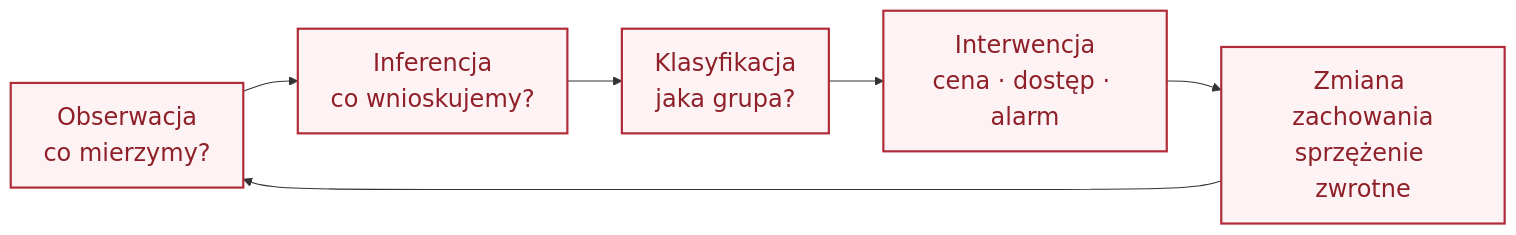
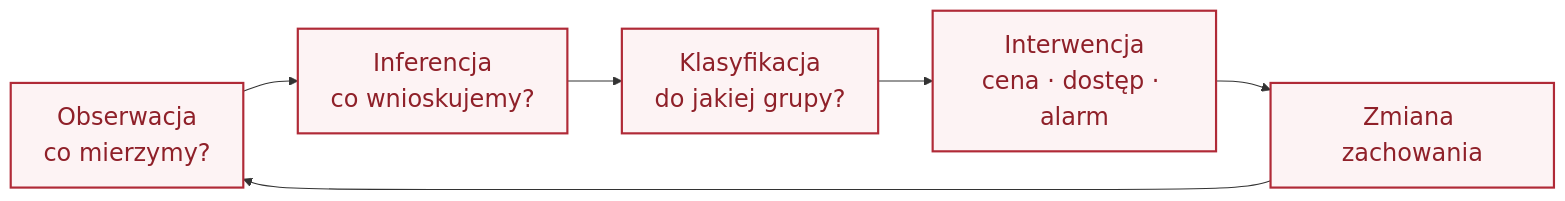
Before and after one commit to moondec/iot_lectures: the second of 2 diagrams in slides/00-internet-przyszlosci.qmd, drawn with Mermaid. The commit also changed other lines of this file and 126 other files, not shown here.

````diff
--- a/slides/00-internet-przyszlosci.qmd
+++ b/slides/00-internet-przyszlosci.qmd
@@ -228,14 +219,14 @@
 ```{mermaid}
 %%| fig-width: 11
-%%| fig-height: 3.8
+%%| fig-height: 3.4
 %%{init: {"themeVariables": {"fontSize": "22px"}}}%%
 flowchart LR
     O["Obserwacja<br>co mierzymy?"]
     I["Inferencja<br>co wnioskujemy?"]
-    K["Klasyfikacja<br>jaka grupa?"]
+    K["Klasyfikacja<br>do jakiej grupy?"]
     W["Interwencja<br>cena · dostęp · alarm"]
-    Z["Zmiana zachowania<br>sprzężenie zwrotne"]
+    Z["Zmiana zachowania"]
     O --> I --> K --> W --> Z --> O
     classDef n fill:#fdf3f4,stroke:#b02a37,stroke-width:2px,color:#8f2029
     class O,I,K,W,Z n
 ```
````
